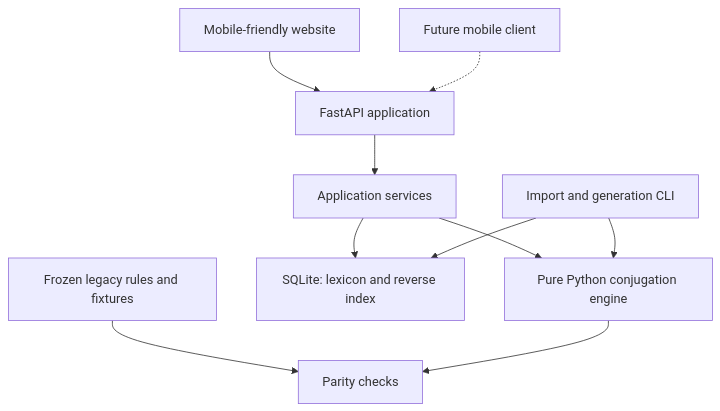
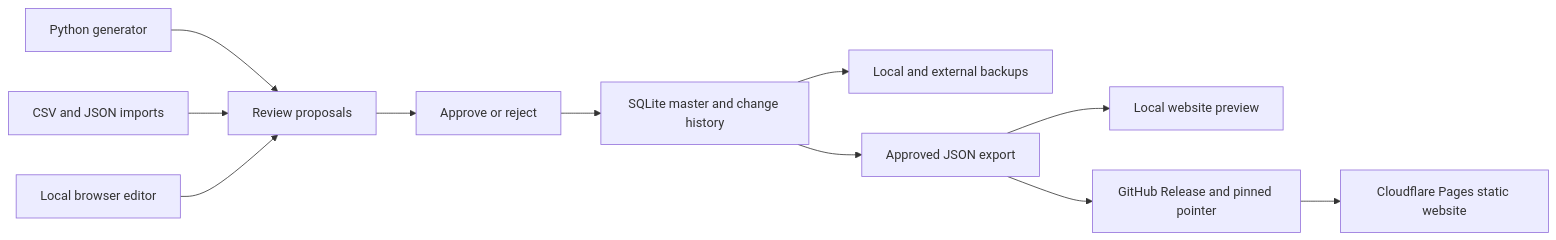
Before and after one commit to okandale/Lazverbcon: the diagram in docs/architecture.md, drawn with Mermaid. The commit also changed other lines of this file and 42 other files, not shown here.

Commit message:
Add local admin app with editing, backups and publishing

````diff
--- a/docs/architecture.md
+++ b/docs/architecture.md
@@ -64,12 +68,13 @@
 ```mermaid
-flowchart TD
-    Web[Mobile-friendly website] --> API[FastAPI application]
-    Mobile[Future mobile client] -.-> API
-    API --> App[Application services]
-    App --> Engine[Pure Python conjugation engine]
-    App --> Store[SQLite: lexicon and reverse index]
-    Build[Import and generation CLI] --> Engine
-    Build --> Store
-    Reference[Frozen legacy rules and fixtures] --> Compare[Parity checks]
-    Engine --> Compare
+flowchart LR
+    Engine[Python generator] --> Proposals[Review proposals]
+    Imports[CSV and JSON imports] --> Proposals
+    Editor[Local browser editor] --> Proposals
+    Proposals --> Approval[Approve or reject]
+    Approval --> Master[SQLite master and change history]
+    Master --> Backups[Local and external backups]
+    Master --> Export[Approved JSON export]
+    Export --> Preview[Local website preview]
+    Export --> Release[GitHub Release and pinned pointer]
+    Release --> Pages[Cloudflare Pages static website]
 ```
````
